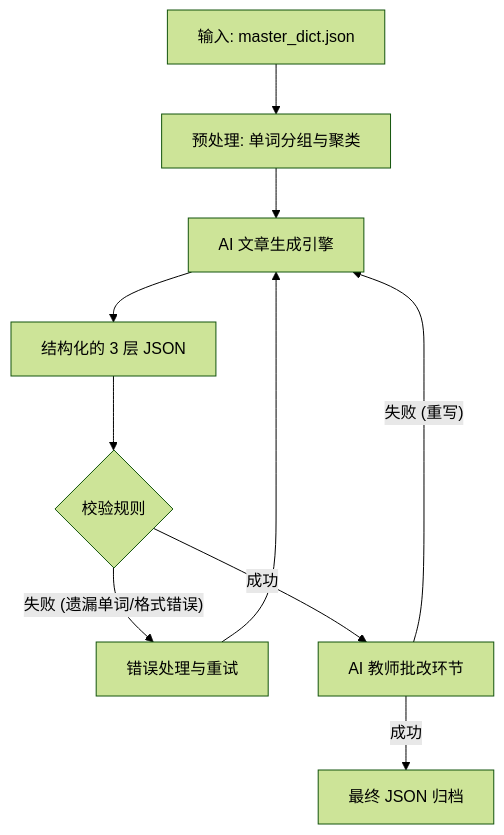
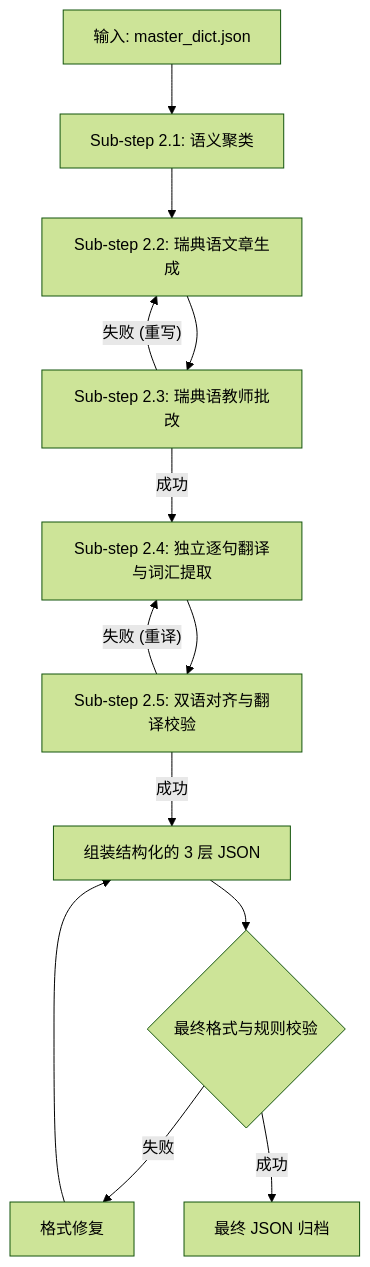
One commit to biogerm/language-learner changed the diagram in docs/SPEC_02_ARTICLE_GENERATION_ZH.md. Above: the diagram before and after it, drawn with Mermaid (forest theme). The commit also changed other lines of this file, not shown here.

Commit message:
docs: separate translation into independent step with dual-language teacher validation

````diff
--- a/docs/SPEC_02_ARTICLE_GENERATION_ZH.md
+++ b/docs/SPEC_02_ARTICLE_GENERATION_ZH.md
@@ -12,12 +12,15 @@
 ```mermaid
 graph TD
-    A[输入: master_dict.json] --> B[预处理: 单词分组与聚类]
-    B --> C[AI 文章生成引擎]
-    C --> D[结构化的 3 层 JSON]
-    D --> E{校验规则}
-    E -- 失败 (遗漏单词/格式错误) --> F[错误处理与重试]
-    F --> C
-    E -- 成功 --> G[AI 教师批改环节]
+    A[输入: master_dict.json] --> B[Sub-step 2.1: 语义聚类]
+    B --> C[Sub-step 2.2: 瑞典语文章生成]
+    C --> G[Sub-step 2.3: 瑞典语教师批改]
     G -- 失败 (重写) --> C
-    G -- 成功 --> H[最终 JSON 归档]
+    G -- 成功 --> H[Sub-step 2.4: 独立逐句翻译与词汇提取]
+    H --> I[Sub-step 2.5: 双语对齐与翻译校验]
+    I -- 失败 (重译) --> H
+    I -- 成功 --> D[组装结构化的 3 层 JSON]
+    D --> E{最终格式与规则校验}
+    E -- 失败 --> F[格式修复]
+    F --> D
+    E -- 成功 --> J[最终 JSON 归档]
 ```
````
